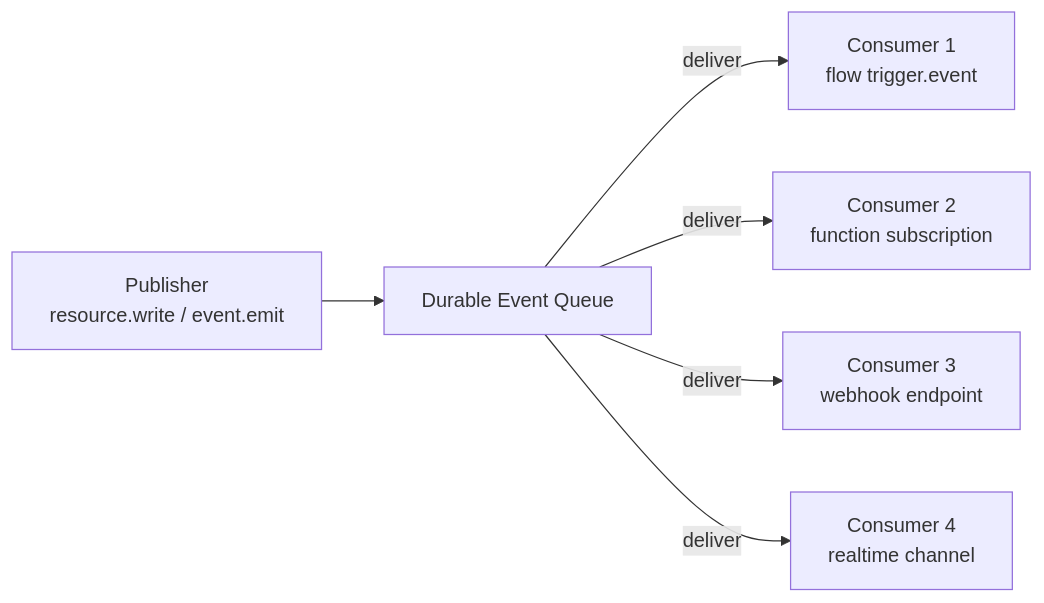
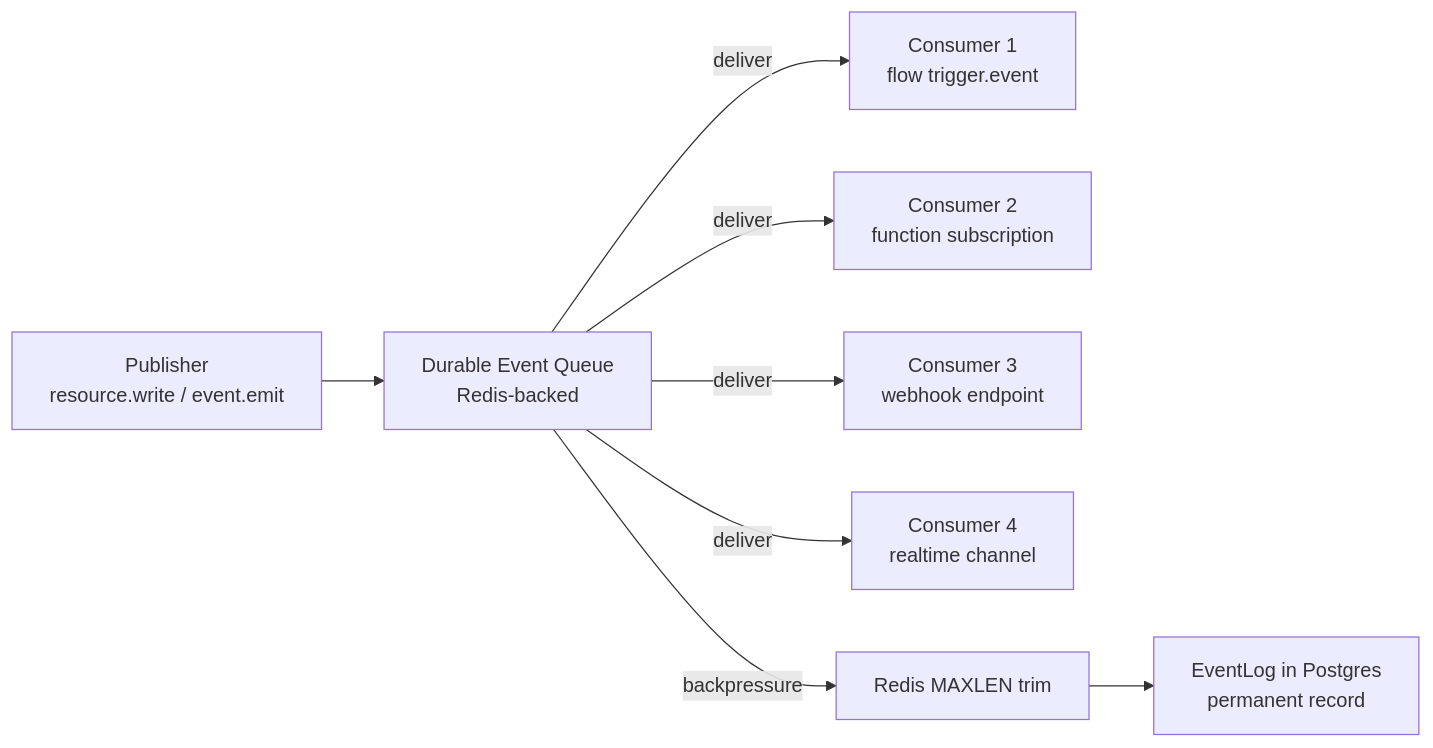
The second of 12 diagrams in apps/docs/events/emitting.mdx (sillohq/pawabase), drawn with Mermaid before and after one commit. The commit also changed other lines of this file and 90 other files, not shown here.

````diff
--- a/apps/docs/events/emitting.mdx
+++ b/apps/docs/events/emitting.mdx
@@ -118,8 +415,10 @@
 ```mermaid
 flowchart LR
-    Publisher[Publisher<br/>resource.write / event.emit] --> Queue[Durable Event Queue]
+    Publisher[Publisher<br/>resource.write / event.emit] --> Queue[Durable Event Queue<br/>Redis-backed]
     Queue -->|deliver| Consumer1[Consumer 1<br/>flow trigger.event]
     Queue -->|deliver| Consumer2[Consumer 2<br/>function subscription]
     Queue -->|deliver| Consumer3[Consumer 3<br/>webhook endpoint]
     Queue -->|deliver| Consumer4[Consumer 4<br/>realtime channel]
+    Queue -->|backpressure| Trim[Redis MAXLEN trim]
+    Trim --> Permanent[EventLog in Postgres<br/>permanent record]
 ```
````
